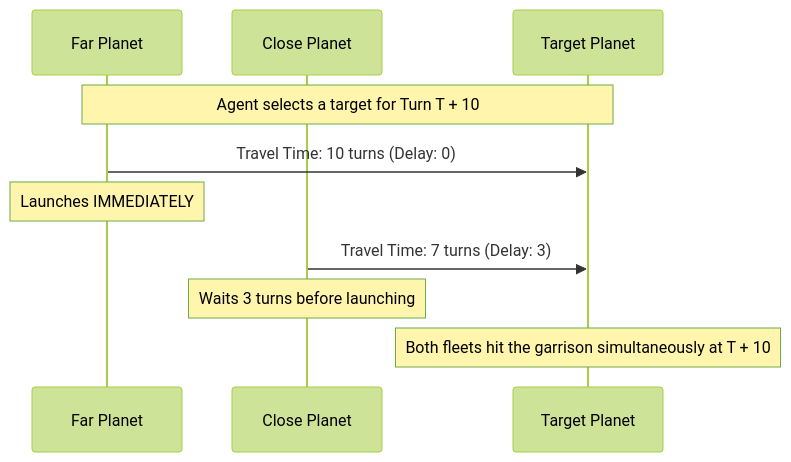
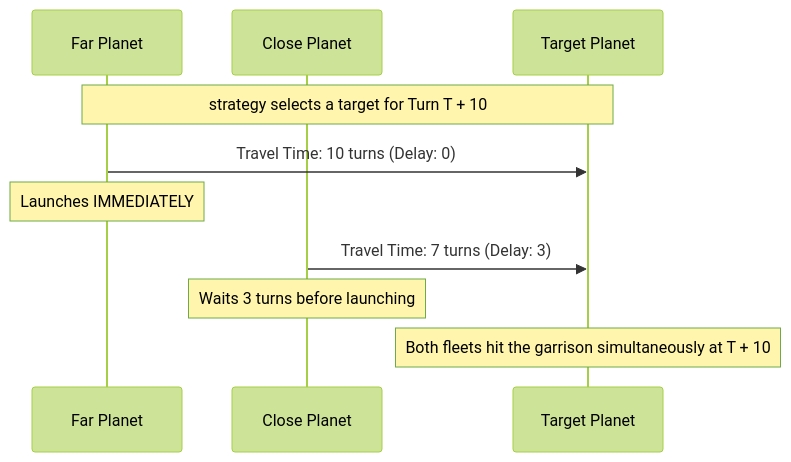
Before and after one commit to gmei6/orbit_wars_kaggle: the second of 2 diagrams in v1_1/README.md, drawn with Mermaid (forest theme). The commit also changed other lines of this file and 9 other files, not shown here.

````diff
--- a/v1_1/README.md
+++ b/v1_1/README.md
@@ -62,16 +67,16 @@
 ```mermaid
 sequenceDiagram
     participant Far as Far Planet
     participant Close as Close Planet
     participant Target as Target Planet
-    
-    Note over Far, Target: Agent selects a target for Turn T + 10
-    
+
+    Note over Far, Target: strategy selects a target for Turn T + 10
+
     Far->>Target: Travel Time: 10 turns (Delay: 0)
     Note over Far: Launches IMMEDIATELY
-    
+
     Close->>Target: Travel Time: 7 turns (Delay: 3)
     Note over Close: Waits 3 turns before launching
-    
+
     Note over Target: Both fleets hit the garrison simultaneously at T + 10
 ```
````
